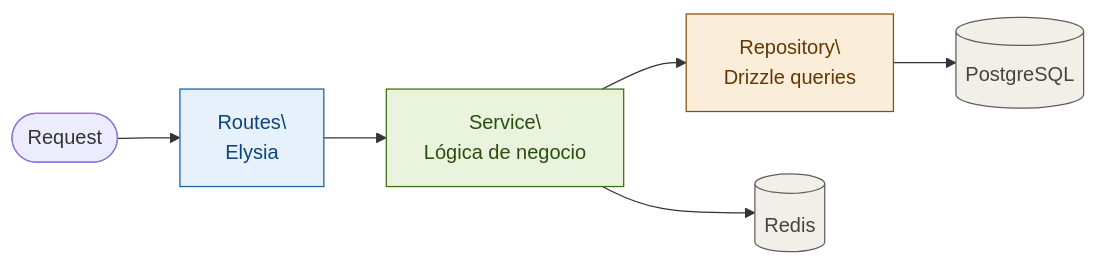
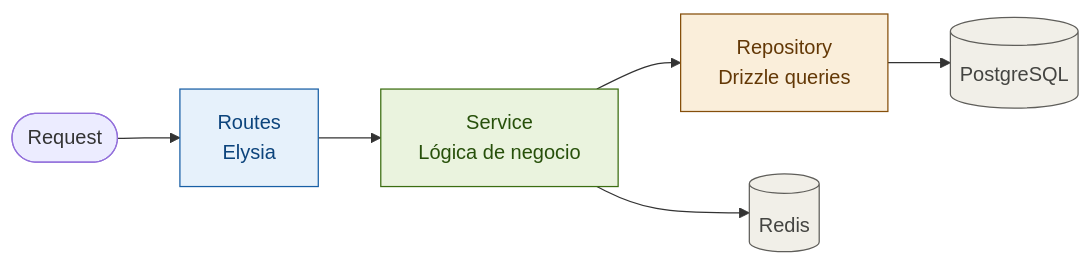
The first of 5 diagrams in agent_docs/hitos/hitos-1-y-2.md (okalexiiis/4sports), drawn with Mermaid before and after one commit. The commit also changed other lines of this file, not shown here.

````diff
--- a/agent_docs/hitos/hitos-1-y-2.md
+++ b/agent_docs/hitos/hitos-1-y-2.md
@@ -34,14 +39,14 @@
 ```mermaid
 flowchart LR
-    A([Request]) --> B[Routes\\nElysia]
-    B --> C[Service\\nLógica de negocio]
-    C --> D[Repository\\nDrizzle queries]
+    A([Request]) --> B[Routes\nElysia]
+    B --> C[Service\nLógica de negocio]
+    C --> D[Repository\nDrizzle queries]
     D --> E[(PostgreSQL)]
     C --> F[(Redis)]
 
     style B fill:#E6F1FB,stroke:#185FA5,color:#0C447C
     style C fill:#EAF3DE,stroke:#3B6D11,color:#27500A
     style D fill:#FAEEDA,stroke:#854F0B,color:#633806
     style E fill:#F1EFE8,stroke:#5F5E5A,color:#444441
     style F fill:#F1EFE8,stroke:#5F5E5A,color:#444441
 ```
````
